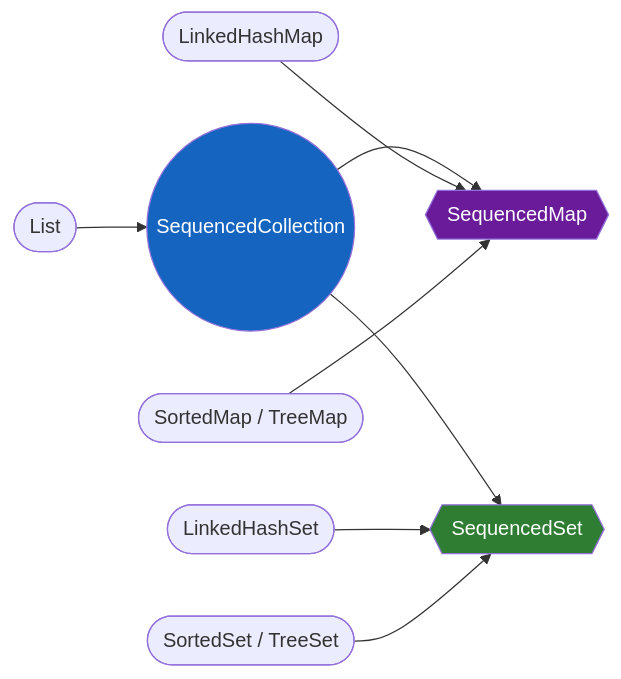
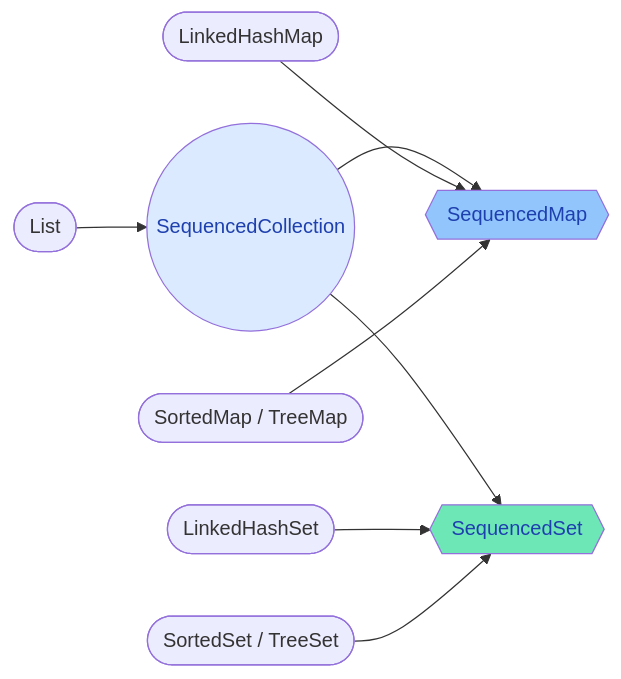
One commit to saivamsikaruturi/vamsilabs-dev-notes-main changed the sixth of 6 diagrams in docs/java/ModernJava.md. Above: the diagram before and after it, drawn with Mermaid. The commit also changed other lines of this file and 220 other files, not shown here.

First line of the commit message:
Add 50+ new Java/Spring Boot pages, rewrite CSS code blocks to Oracle style, fix all diagram colors

````diff
--- a/docs/java/ModernJava.md
+++ b/docs/java/ModernJava.md
@@ -491,16 +491,16 @@
 ```mermaid
 flowchart LR
     SC(("SequencedCollection"))
     SC --> SM{{"SequencedMap"}}
     SC --> SS{{"SequencedSet"}}
 
     List(["List"]) --> SC
     LinkedHashSet(["LinkedHashSet"]) --> SS
     SortedSet(["SortedSet / TreeSet"]) --> SS
     LinkedHashMap(["LinkedHashMap"]) --> SM
     SortedMap(["SortedMap / TreeMap"]) --> SM
 
-    style SC fill:#1565C0,color:#fff
-    style SM fill:#6A1B9A,color:#fff
-    style SS fill:#2E7D32,color:#fff
+    style SC fill:#DBEAFE,color:#1E40AF
+    style SM fill:#93C5FD,color:#1E40AF
+    style SS fill:#6EE7B7,color:#1E40AF
 ```
````
